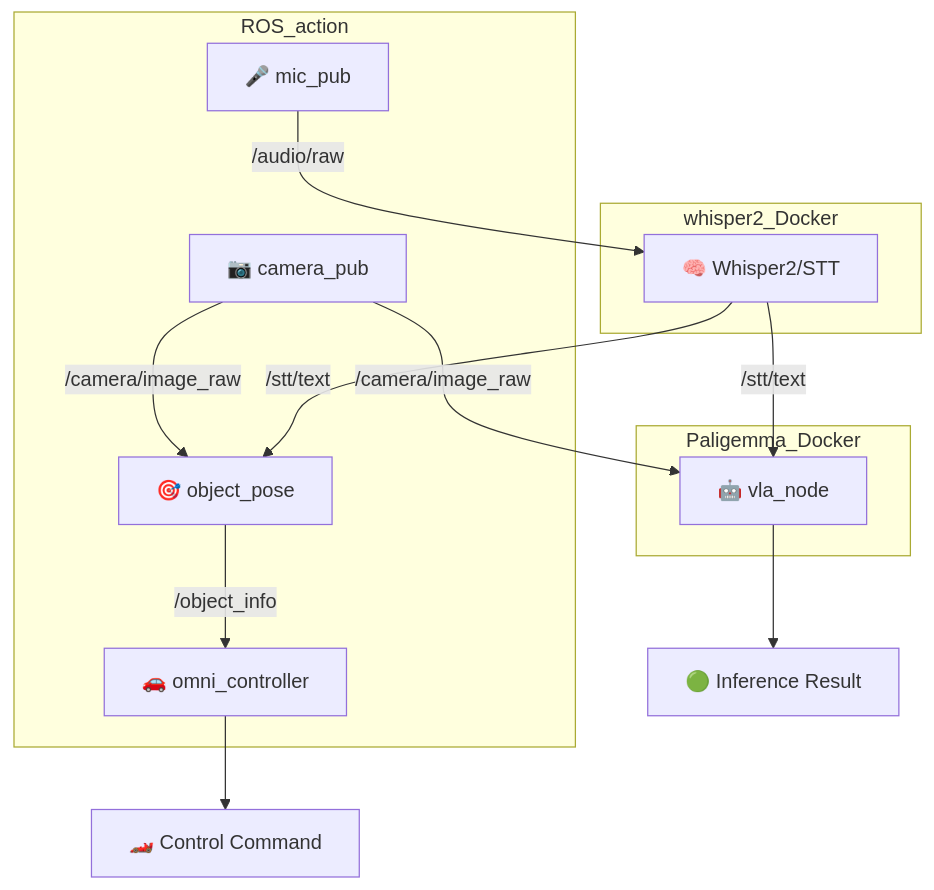
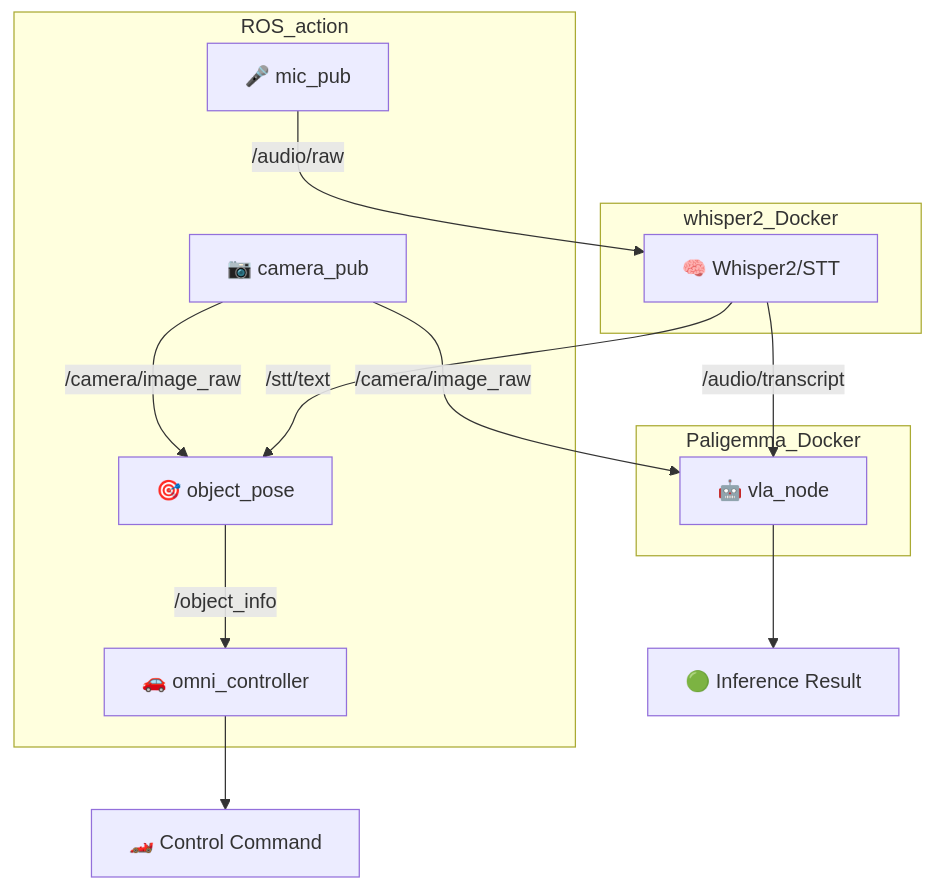
Before and after one commit to shosae/vla: the diagram in README.md, drawn with Mermaid. The commit also changed other lines of this file, not shown here.

````diff
--- a/README.md
+++ b/README.md
@@ -38,24 +38,24 @@
 ```mermaid
 graph TD
     A[🎤 mic_pub] -->|/audio/raw| B[🧠 Whisper2/STT]
     B -->|/stt/text| C[🎯 object_pose]
     D[📷 camera_pub] -->|/camera/image_raw| C
     D -->|/camera/image_raw| H[🤖 vla_node]
-    B -->|/stt/text| H
+    B -->|/audio/transcript| H
     C -->|/object_info| F[🚗 omni_controller]
     F -->G[🏎️ Control Command]
     H -->I[🟢 Inference Result]
 
     subgraph ROS_action
         A
         D
         C
         F
     end
     subgraph whisper2_Docker
         B
     end
     subgraph Paligemma_Docker
         H
     end
 ```
````
